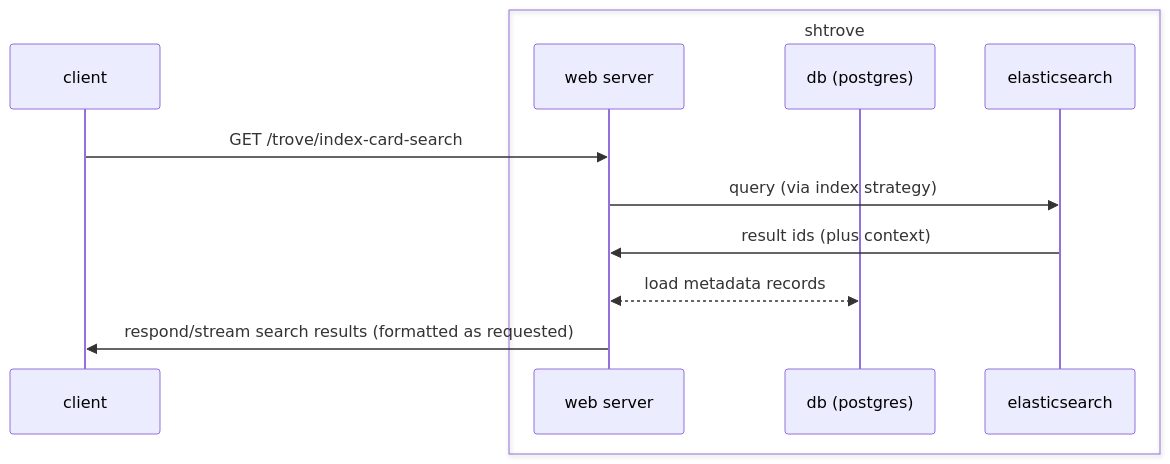
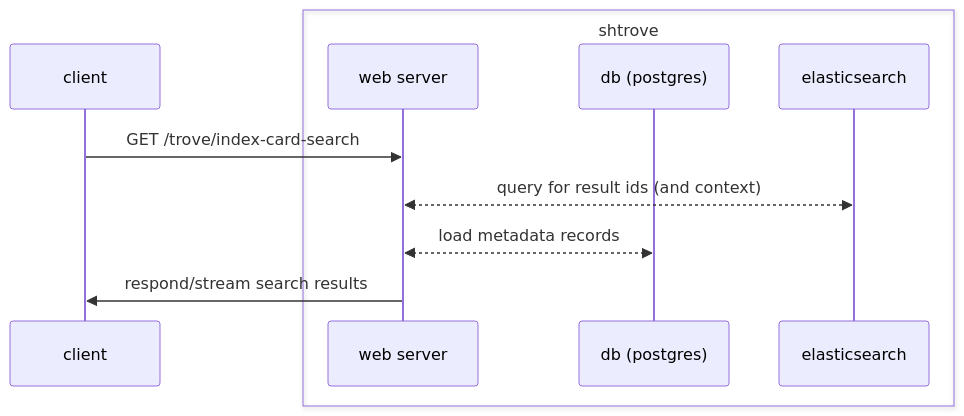
One commit to CenterForOpenScience/SHARE changed the third of 3 diagrams in ARCHITECTURE.md. Above: the diagram before and after it, drawn with Mermaid. The commit also changed other lines of this file, not shown here.

````diff
--- a/ARCHITECTURE.md
+++ b/ARCHITECTURE.md
@@ -80,14 +82,13 @@
 ```mermaid
 sequenceDiagram
     participant c as client
     box shtrove
     participant ss as web server
     participant sd as db (postgres)
     participant se as elasticsearch
     end
     c ->> ss: GET /trove/index-card-search
-    ss ->> se: query (via index strategy)
-    se ->> ss: result ids (plus context)
+    ss <<-->> se: query for result ids (and context)
     ss <<-->> sd: load metadata records
-    ss ->> c: respond/stream search results (formatted as requested)
+    ss ->> c: respond/stream search results
 ```
````
